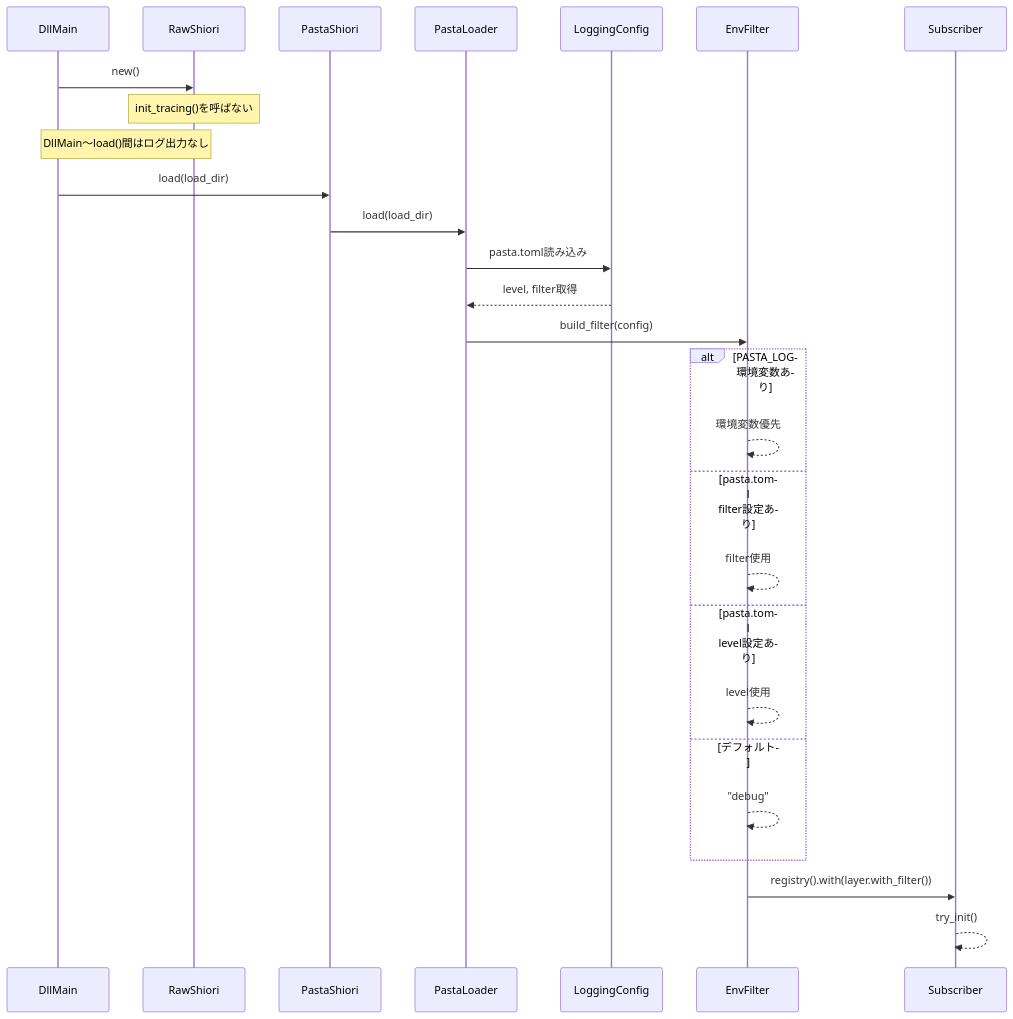
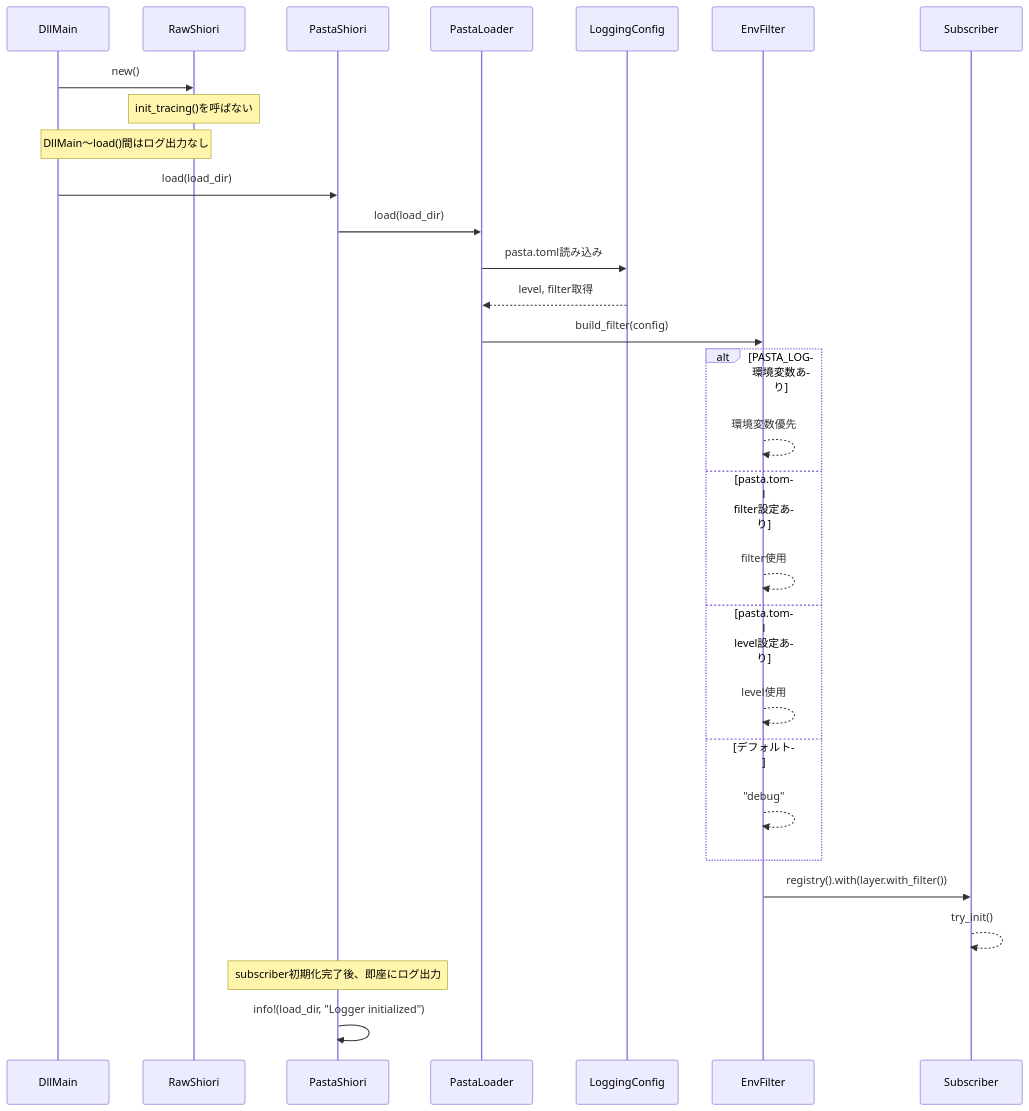
Before and after one commit to ekicyou/pasta: the second of 2 diagrams in .kiro/specs/logger-configuration/design.md, drawn with Mermaid. The commit also changed other lines of this file and 1 other file, not shown here.

First line of the commit message:
feat(logger-configuration): Requirement 7追加 - ロードディレクトリ情報の記録

````diff
--- a/.kiro/specs/logger-configuration/design.md
+++ b/.kiro/specs/logger-configuration/design.md
@@ -94,34 +95,37 @@
 ```mermaid
 sequenceDiagram
     participant DllMain
     participant RawShiori
     participant PastaShiori
     participant PastaLoader
     participant LoggingConfig
     participant EnvFilter
     participant Subscriber
 
     DllMain->>RawShiori: new()
     Note over RawShiori: init_tracing()を呼ばない
 
     Note over DllMain,RawShiori: DllMain〜load()間はログ出力なし
 
     DllMain->>PastaShiori: load(load_dir)
     PastaShiori->>PastaLoader: load(load_dir)
     PastaLoader->>LoggingConfig: pasta.toml読み込み
     LoggingConfig-->>PastaLoader: level, filter取得
     
     PastaLoader->>EnvFilter: build_filter(config)
     alt PASTA_LOG環境変数あり
         EnvFilter-->>EnvFilter: 環境変数優先
     else pasta.toml filter設定あり
         EnvFilter-->>EnvFilter: filter使用
     else pasta.toml level設定あり
         EnvFilter-->>EnvFilter: level使用
     else デフォルト
         EnvFilter-->>EnvFilter: "debug"
     end
     
     EnvFilter->>Subscriber: registry().with(layer.with_filter())
     Subscriber-->>Subscriber: try_init()
+    
+    Note over PastaShiori: subscriber初期化完了後、即座にログ出力
+    PastaShiori->>PastaShiori: info!(load_dir, "Logger initialized")
 ```
````
